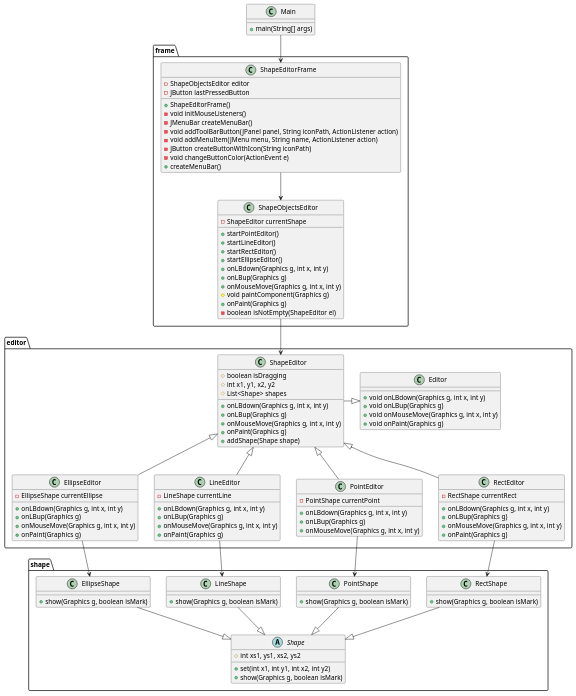
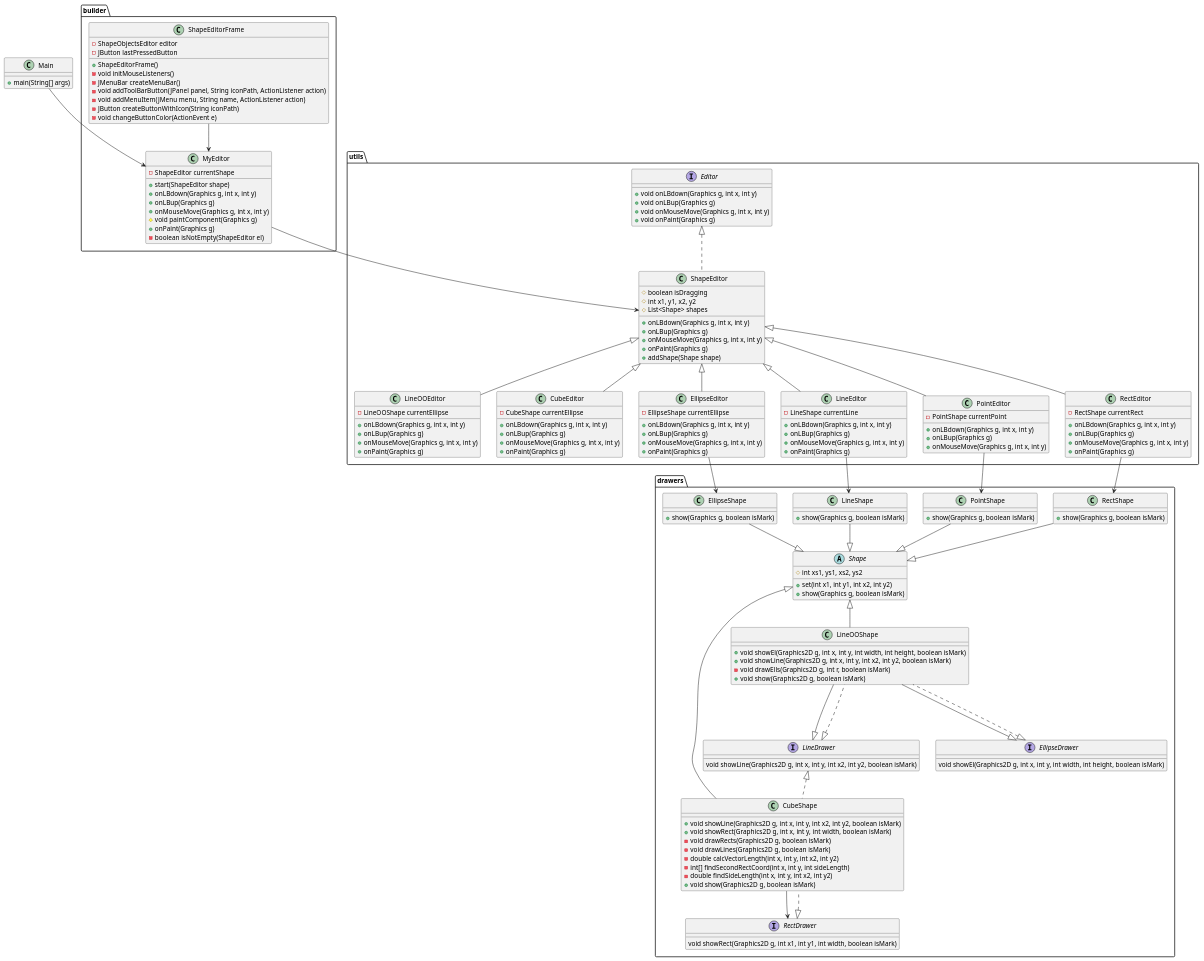
Before and after one commit to DmytroHalai/lab5_oop: the diagram in src/diagram.puml, drawn with PlantUML. The commit also changed 7 other files, not shown here.

```diff
--- a/src/diagram.puml
+++ b/src/diagram.puml
@@ -1,128 +1,171 @@
 @startuml
 
-' Визначаємо пакети
-package editor {
-    class Editor {
+package utils {
+    interface Editor {
         +void onLBdown(Graphics g, int x, int y)
         +void onLBup(Graphics g)
         +void onMouseMove(Graphics g, int x, int y)
         +void onPaint(Graphics g)
     }
 
-    class ShapeEditor{
+    class ShapeEditor implements Editor{
         #boolean isDragging
         #int x1, y1, x2, y2
         #List<Shape> shapes
         +onLBdown(Graphics g, int x, int y)
         +onLBup(Graphics g)
         +onMouseMove(Graphics g, int x, int y)
         +onPaint(Graphics g)
         +addShape(Shape shape)
+    }
+
+    class LineOOEditor extends ShapeEditor {
+        -LineOOShape currentEllipse
+        +onLBdown(Graphics g, int x, int y)
+        +onLBup(Graphics g)
+        +onMouseMove(Graphics g, int x, int y)
+        +onPaint(Graphics g)
+    }
+
+    class CubeEditor extends ShapeEditor {
+        -CubeShape currentEllipse
+        +onLBdown(Graphics g, int x, int y)
+        +onLBup(Graphics g)
+        +onMouseMove(Graphics g, int x, int y)
+        +onPaint(Graphics g)
     }
 
     class EllipseEditor extends ShapeEditor {
         -EllipseShape currentEllipse
         +onLBdown(Graphics g, int x, int y)
         +onLBup(Graphics g)
         +onMouseMove(Graphics g, int x, int y)
         +onPaint(Graphics g)
     }
 
     class LineEditor extends ShapeEditor {
         -LineShape currentLine
         +onLBdown(Graphics g, int x, int y)
         +onLBup(Graphics g)
         +onMouseMove(Graphics g, int x, int y)
         +onPaint(Graphics g)
     }
 
     class PointEditor extends ShapeEditor {
         -PointShape currentPoint
         +onLBdown(Graphics g, int x, int y)
         +onLBup(Graphics g)
         +onMouseMove(Graphics g, int x, int y)
 
     }
 
     class RectEditor extends ShapeEditor {
         -RectShape currentRect
         +onLBdown(Graphics g, int x, int y)
         +onLBup(Graphics g)
         +onMouseMove(Graphics g, int x, int y)
         +onPaint(Graphics g)
     }
 }
 
-package frame {
+package builder {
     class ShapeEditorFrame {
         -ShapeObjectsEditor editor
         -JButton lastPressedButton
         +ShapeEditorFrame()
         -void initMouseListeners()
         -JMenuBar createMenuBar()
         -void addToolBarButton(JPanel panel, String iconPath, ActionListener action)
         -void addMenuItem(JMenu menu, String name, ActionListener action)
         -JButton createButtonWithIcon(String iconPath)
         -void changeButtonColor(ActionEvent e)
-        +createMenuBar()
     }
 
-    class ShapeObjectsEditor {
+    class MyEditor {
         -ShapeEditor currentShape
-        +startPointEditor()
-        +startLineEditor()
-        +startRectEditor()
-        +startEllipseEditor()
+        +start(ShapeEditor shape)
         +onLBdown(Graphics g, int x, int y)
         +onLBup(Graphics g)
         +onMouseMove(Graphics g, int x, int y)
         #void paintComponent(Graphics g)
         +onPaint(Graphics g)
         -boolean isNotEmpty(ShapeEditor el)
     }
 
 }
 
-package shape {
+package drawers {
     abstract class Shape {
         #int xs1, ys1, xs2, ys2
         +set(int x1, int y1, int x2, int y2)
         +show(Graphics g, boolean isMark)
     }
 
     Shape <|-u- EllipseShape
     Shape <|-u- LineShape
     Shape <|-u- PointShape
     Shape <|-u- RectShape
 
     class EllipseShape {
         +show(Graphics g, boolean isMark)
     }
 
     class LineShape {
         +show(Graphics g, boolean isMark)
     }
 
     class PointShape {
         +show(Graphics g, boolean isMark)
     }
 
     class RectShape {
         +show(Graphics g, boolean isMark)
     }
+
+    class CubeShape extends Shape implements LineDrawer, RectDrawer {
+        +void showLine(Graphics2D g, int x, int y, int x2, int y2, boolean isMark)
+        +void showRect(Graphics2D g, int x, int y, int width, boolean isMark)
+        -void drawRects(Graphics2D g, boolean isMark)
+        -void drawLines(Graphics2D g, boolean isMark)
+        -double calcVectorLength(int x, int y, int x2, int y2)
+        -int[] findSecondRectCoord(int x, int y, int sideLength)
+        -double findSideLength(int x, int y, int x2, int y2)
+        +void show(Graphics2D g, boolean isMark)
+    }
+
+    interface EllipseDrawer {
+        void showEl(Graphics2D g, int x, int y, int width, int height, boolean isMark)
+    }
+
+    interface LineDrawer {
+        void showLine(Graphics2D g, int x, int y, int x2, int y2, boolean isMark)
+    }
+
+    class LineOOShape extends Shape implements EllipseDrawer, LineDrawer {
+        +void showEl(Graphics2D g, int x, int y, int width, int height, boolean isMark)
+        +void showLine(Graphics2D g, int x, int y, int x2, int y2, boolean isMark)
+        -void drawElls(Graphics2D g, int r, boolean isMark)
+        +void show(Graphics2D g, boolean isMark)
+    }
+
+    interface RectDrawer {
+        void showRect(Graphics2D g, int x1, int y1, int width, boolean isMark)
+    }
 }
 
 class Main {
     +main(String[] args)
 }
 
-Main --> ShapeEditorFrame
-ShapeEditorFrame --> ShapeObjectsEditor
-ShapeObjectsEditor --> ShapeEditor
-EllipseEditor -d-> EllipseShape
-LineEditor -d-> LineShape
-PointEditor -d-> PointShape
-RectEditor -d-> RectShape
-ShapeEditor -r-|> Editor
+Main --> MyEditor
+ShapeEditorFrame --> MyEditor
+MyEditor --> ShapeEditor
+EllipseEditor --> EllipseShape
+LineEditor --> LineShape
+PointEditor --> PointShape
+RectEditor --> RectShape
+LineOOShape ---|> LineDrawer
+CubeShape --> RectDrawer
+LineOOShape ---|> EllipseDrawer
 
 @enduml
```
